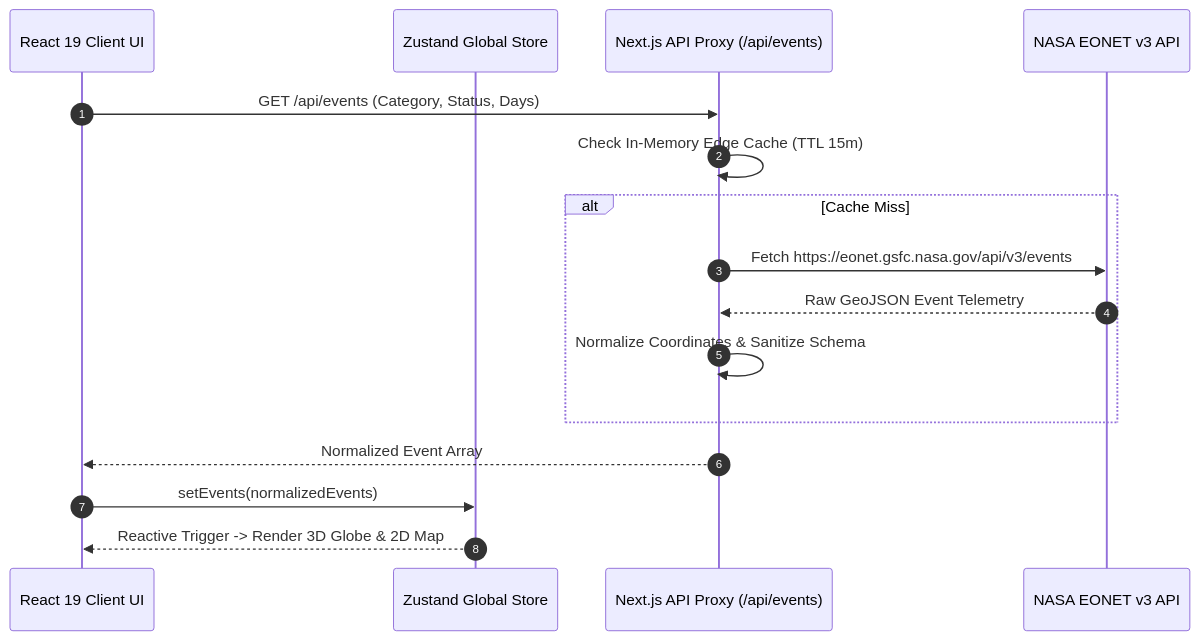
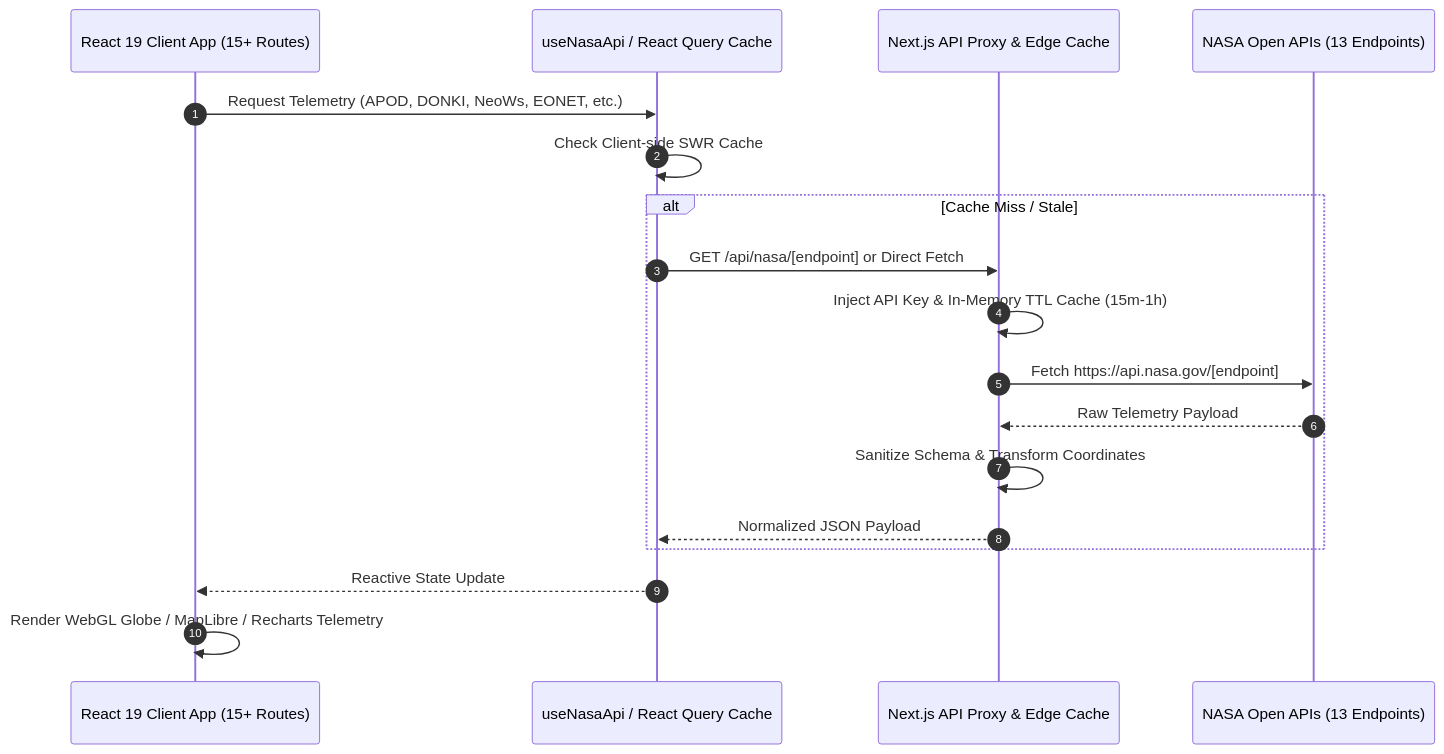
Before and after one commit to djabhi31/EarthSphere: the diagram in docs/ARCHITECTURE.md, drawn with Mermaid. The commit also changed other lines of this file and 3 other files, not shown here.

Commit message:
docs(v2.0.0): update README, architecture specs, API matrix, and changelog for 13 NASA Open APIs overhaul

````diff
--- a/docs/ARCHITECTURE.md
+++ b/docs/ARCHITECTURE.md
@@ -9,19 +11,21 @@
 ```mermaid
 sequenceDiagram
     autonumber
-    participant Client as React 19 Client UI
-    participant Store as Zustand Global Store
-    participant Proxy as Next.js API Proxy (/api/events)
-    participant EONET as NASA EONET v3 API
+    participant Client as React 19 Client App (15+ Routes)
+    participant Hook as useNasaApi / React Query Cache
+    participant Proxy as Next.js API Proxy & Edge Cache
+    participant NASA as NASA Open APIs (13 Endpoints)
 
-    Client->>Proxy: GET /api/events (Category, Status, Days)
-    Proxy->>Proxy: Check In-Memory Edge Cache (TTL 15m)
-    alt Cache Miss
-        Proxy->>EONET: Fetch https://eonet.gsfc.nasa.gov/api/v3/events
-        EONET-->>Proxy: Raw GeoJSON Event Telemetry
-        Proxy->>Proxy: Normalize Coordinates & Sanitize Schema
+    Client->>Hook: Request Telemetry (APOD, DONKI, NeoWs, EONET, etc.)
+    Hook->>Hook: Check Client-side SWR Cache
+    alt Cache Miss / Stale
+        Hook->>Proxy: GET /api/nasa/[endpoint] or Direct Fetch
+        Proxy->>Proxy: Inject API Key & In-Memory TTL Cache (15m-1h)
+        Proxy->>NASA: Fetch https://api.nasa.gov/[endpoint]
+        NASA-->>Proxy: Raw Telemetry Payload
+        Proxy->>Proxy: Sanitize Schema & Transform Coordinates
+        Proxy-->>Hook: Normalized JSON Payload
     end
-    Proxy-->>Client: Normalized Event Array
-    Client->>Store: setEvents(normalizedEvents)
-    Store-->>Client: Reactive Trigger -> Render 3D Globe & 2D Map
+    Hook-->>Client: Reactive State Update
+    Client->>Client: Render WebGL Globe / MapLibre / Recharts Telemetry
 ```
````
